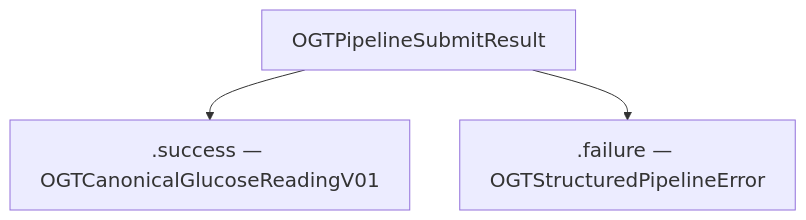
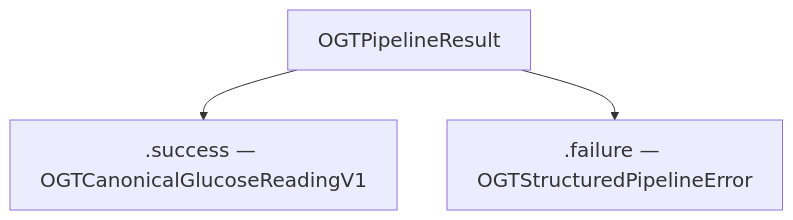
Before and after one commit to peterlandis/OpenGlucoseTelemetry: the seventh of 7 diagrams in runtimes/swift/ARCHITECTURE.md, drawn with Mermaid. The commit also changed other lines of this file and 64 other files, not shown here.

````diff
--- a/runtimes/swift/ARCHITECTURE.md
+++ b/runtimes/swift/ARCHITECTURE.md
@@ -180,9 +191,9 @@
 ```mermaid
 %%{init: {'themeVariables': {'fontSize': '20px'}}}%%
 flowchart TB
-  R[OGTPipelineSubmitResult]
-  S[.success — OGTCanonicalGlucoseReadingV01]
+  R[OGTPipelineResult]
+  S[.success — OGTCanonicalGlucoseReadingV1]
   F[.failure — OGTStructuredPipelineError]
   R --> S
   R --> F
 ```
````
